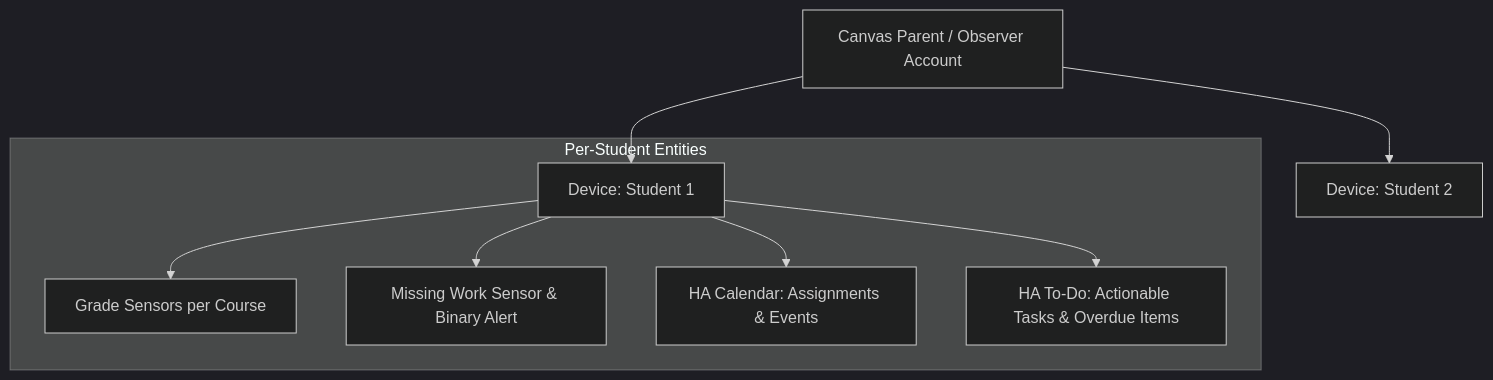
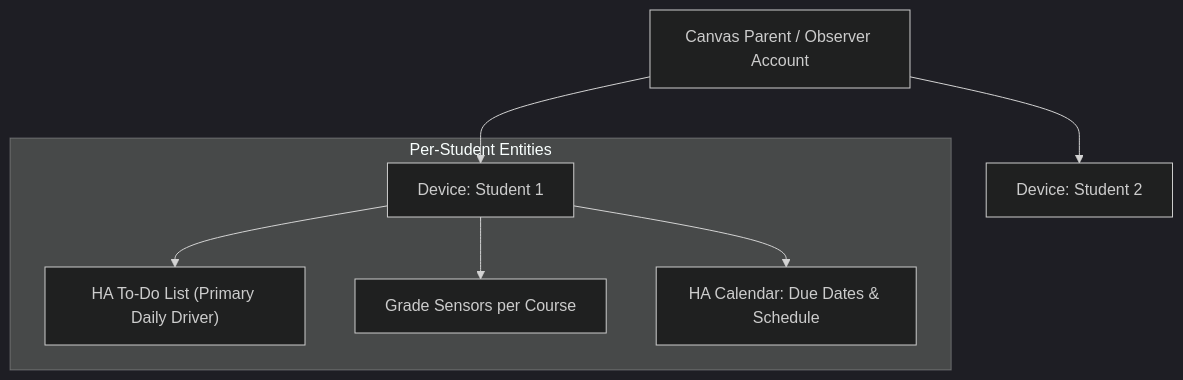
The second of 2 diagrams in docs/PLAN.md (allenporter/home-assistant-canvas), drawn with Mermaid (dark theme) before and after one commit. The commit also changed other lines of this file, not shown here.

````diff
--- a/docs/PLAN.md
+++ b/docs/PLAN.md
@@ -19,12 +43,11 @@
 ```mermaid
 flowchart TD
     Account[Canvas Parent / Observer Account] --> Student1[Device: Student 1]
     Account --> Student2[Device: Student 2]
 
     subgraph "Per-Student Entities"
+        Student1 --> T1["HA To-Do List (Primary Daily Driver)"]
         Student1 --> G1[Grade Sensors per Course]
-        Student1 --> M1[Missing Work Sensor & Binary Alert]
-        Student1 --> C1[HA Calendar: Assignments & Events]
-        Student1 --> T1[HA To-Do: Actionable Tasks & Overdue Items]
+        Student1 --> C1[HA Calendar: Due Dates & Schedule]
     end
 ```
````
